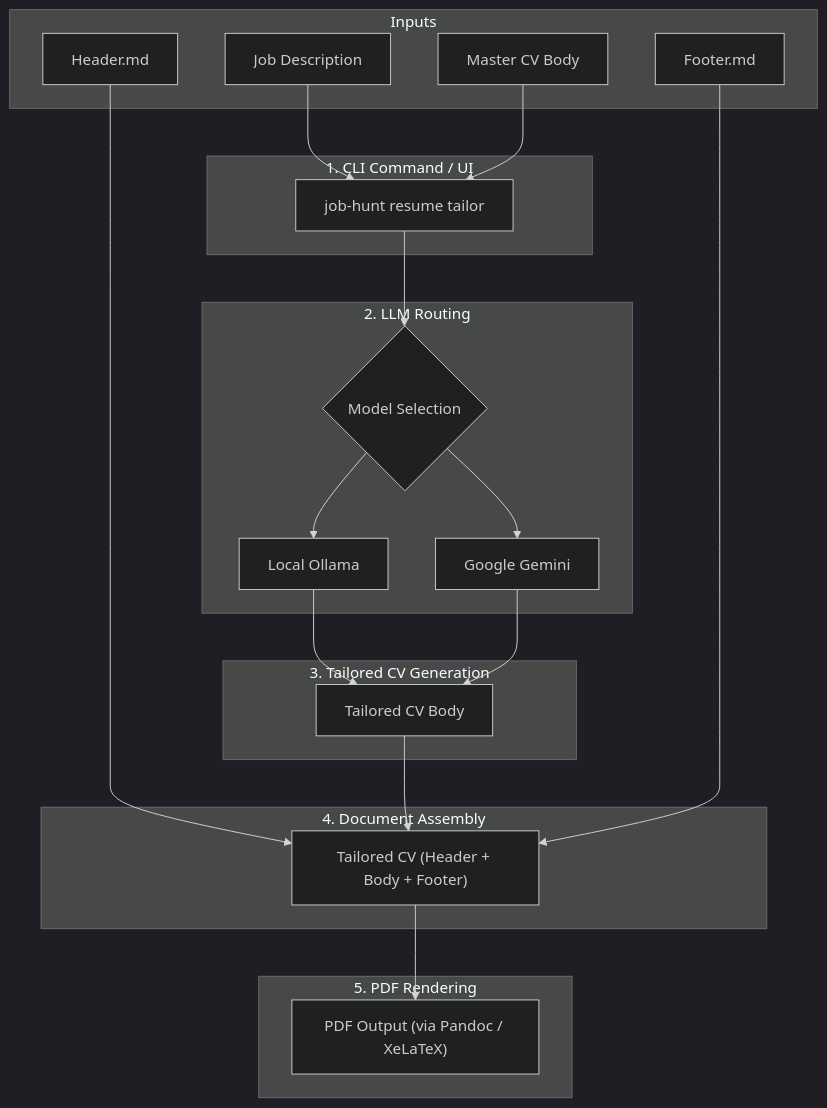
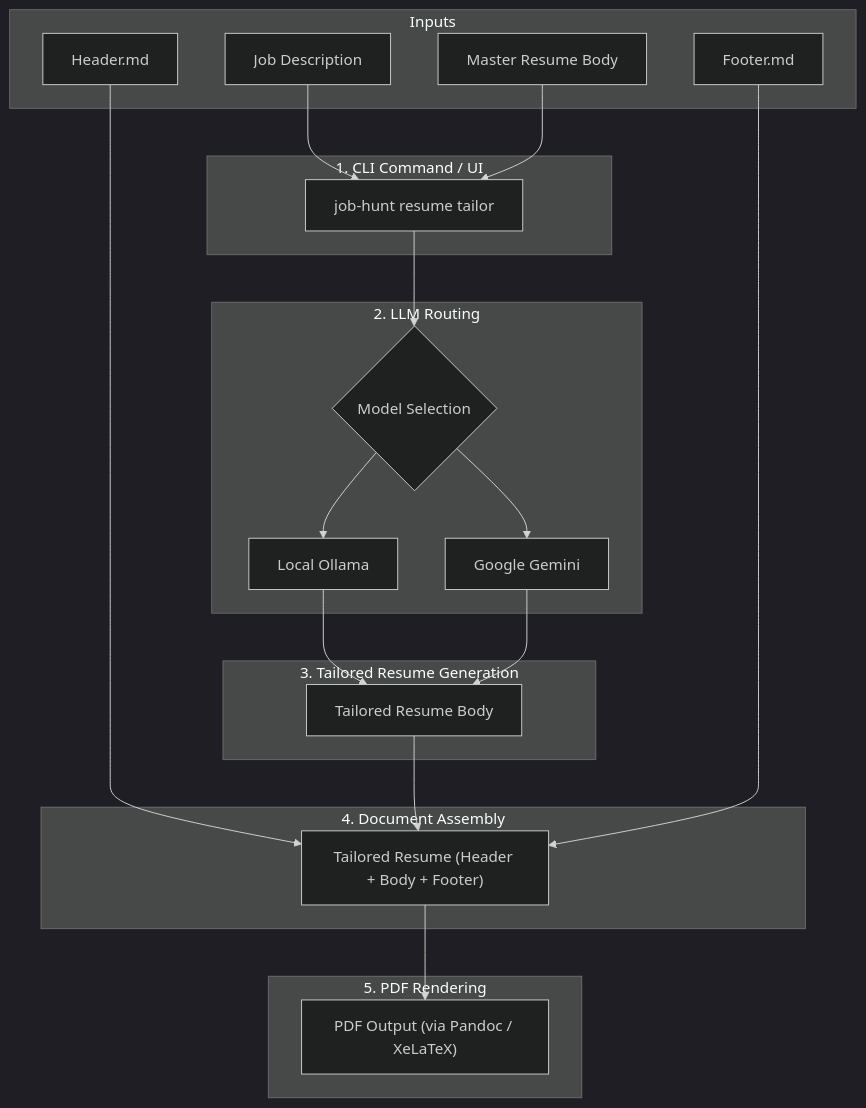
Before and after one commit to kirillstrelkov/job-hunt: the diagram in README.md, drawn with Mermaid (dark theme). The commit also changed other lines of this file and 11 other files, not shown here.

````diff
--- a/README.md
+++ b/README.md
@@ -97,38 +97,38 @@
 ```mermaid
 flowchart TD
     subgraph Inputs ["Inputs"]
         JD["Job Description"]
-        CV_Body["Master CV Body"]
+        CV_Body["Master Resume Body"]
         Header["Header.md"]
         Footer["Footer.md"]
     end
 
     subgraph CLI ["1. CLI Command / UI"]
         Cmd["job-hunt resume tailor"]
     end
 
     subgraph Routing ["2. LLM Routing"]
         Router{"Model Selection"}
         Ollama["Local Ollama"]
         Gemini["Google Gemini"]
     end
 
-    subgraph Generation ["3. Tailored CV Generation"]
-        Tailored_Body["Tailored CV Body"]
+    subgraph Generation ["3. Tailored Resume Generation"]
+        Tailored_Body["Tailored Resume Body"]
     end
 
     subgraph PostAssembly ["4. Document Assembly"]
-        Tailored_CV["Tailored CV (Header + Body + Footer)"]
+        Tailored_CV["Tailored Resume (Header + Body + Footer)"]
     end
 
     subgraph Compile ["5. PDF Rendering"]
         PDF["PDF Output (via Pandoc / XeLaTeX)"]
     end
 
     JD & CV_Body --> Cmd
     Cmd --> Router
     Router --> Ollama & Gemini
     Ollama & Gemini --> Tailored_Body
     Header & Tailored_Body & Footer --> Tailored_CV
     Tailored_CV --> PDF
 ```
````
